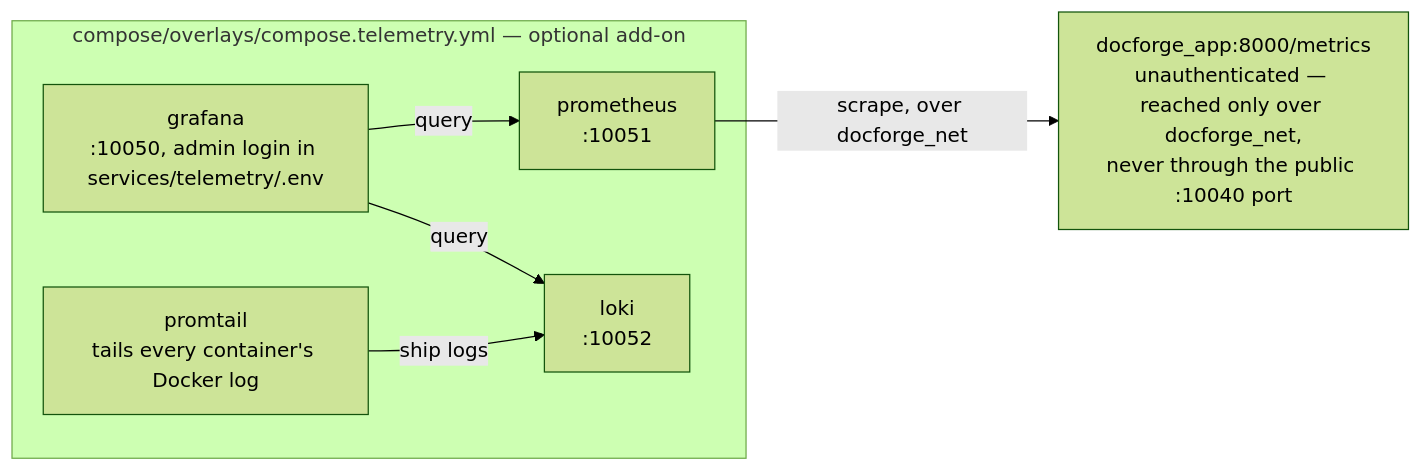
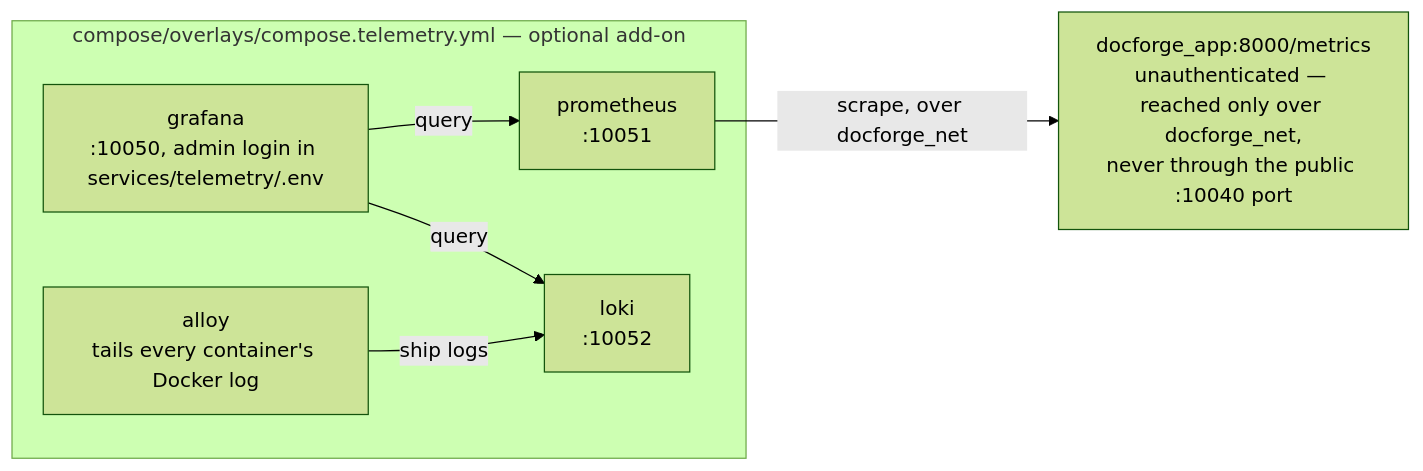
Before and after one commit to Florian-BARRE/DocForge: the third of 3 diagrams in docs/architecture.md, drawn with Mermaid (forest theme). The commit also changed other lines of this file and 12 other files, not shown here.

First line of the commit message:
feat(telemetry): replace Promtail with Grafana Alloy + parameterize dashboard datasources

````diff
--- a/docs/architecture.md
+++ b/docs/architecture.md
@@ -309,15 +309,15 @@
 ```mermaid
 flowchart LR
     subgraph ADDON["compose/overlays/compose.telemetry.yml — optional add-on"]
         PROM["prometheus<br/>:10051"]
         LOKI["loki<br/>:10052"]
-        PTAIL["promtail<br/>tails every container's Docker log"]
+        PTAIL["alloy<br/>tails every container's Docker log"]
         GRAF["grafana<br/>:10050, admin login in services/telemetry/.env"]
     end
     METRICS["docforge_app:8000/metrics<br/>unauthenticated — reached only over docforge_net,<br/>never through the public :10040 port"]
 
     PROM -->|scrape, over docforge_net| METRICS
     PTAIL -->|ship logs| LOKI
     GRAF -->|query| PROM
     GRAF -->|query| LOKI
 ```
````
